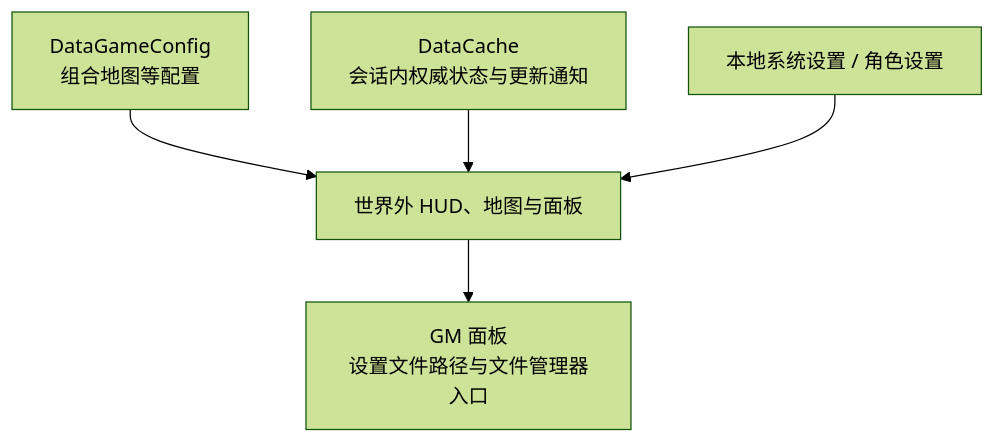
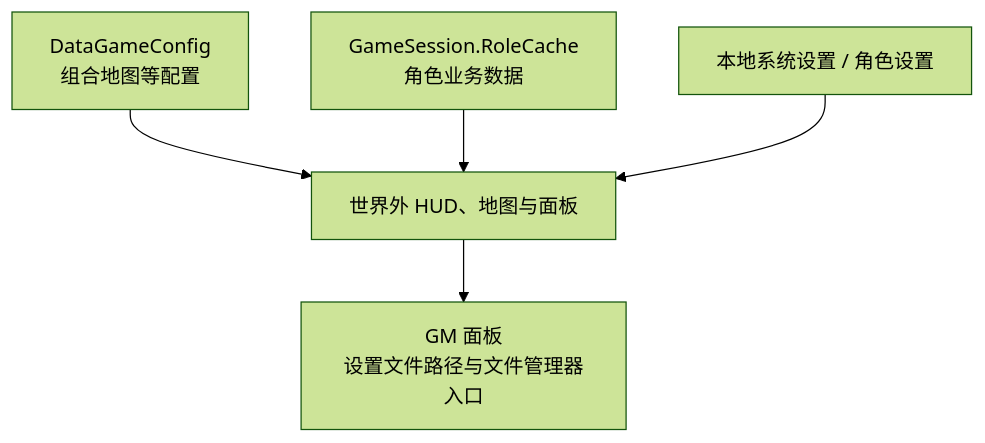
Before and after one commit to msew11/rpg: the second of 2 diagrams in docs/plan-202610190201-client-architecture.md, drawn with Mermaid (forest theme). The commit also changed other lines of this file and 66 other files, not shown here.

````diff
--- a/docs/plan-202610190201-client-architecture.md
+++ b/docs/plan-202610190201-client-architecture.md
@@ -39,7 +41,7 @@
 ```mermaid
 flowchart TB
     GameConfig["DataGameConfig<br/>组合地图等配置"] --> UI["世界外 HUD、地图与面板"]
-    Cache["DataCache<br/>会话内权威状态与更新通知"] --> UI
+    Cache["GameSession.RoleCache<br/>角色业务数据"] --> UI
     Settings["本地系统设置 / 角色设置"] --> UI
     UI --> GM["GM 面板<br/>设置文件路径与文件管理器入口"]
 ```
````
